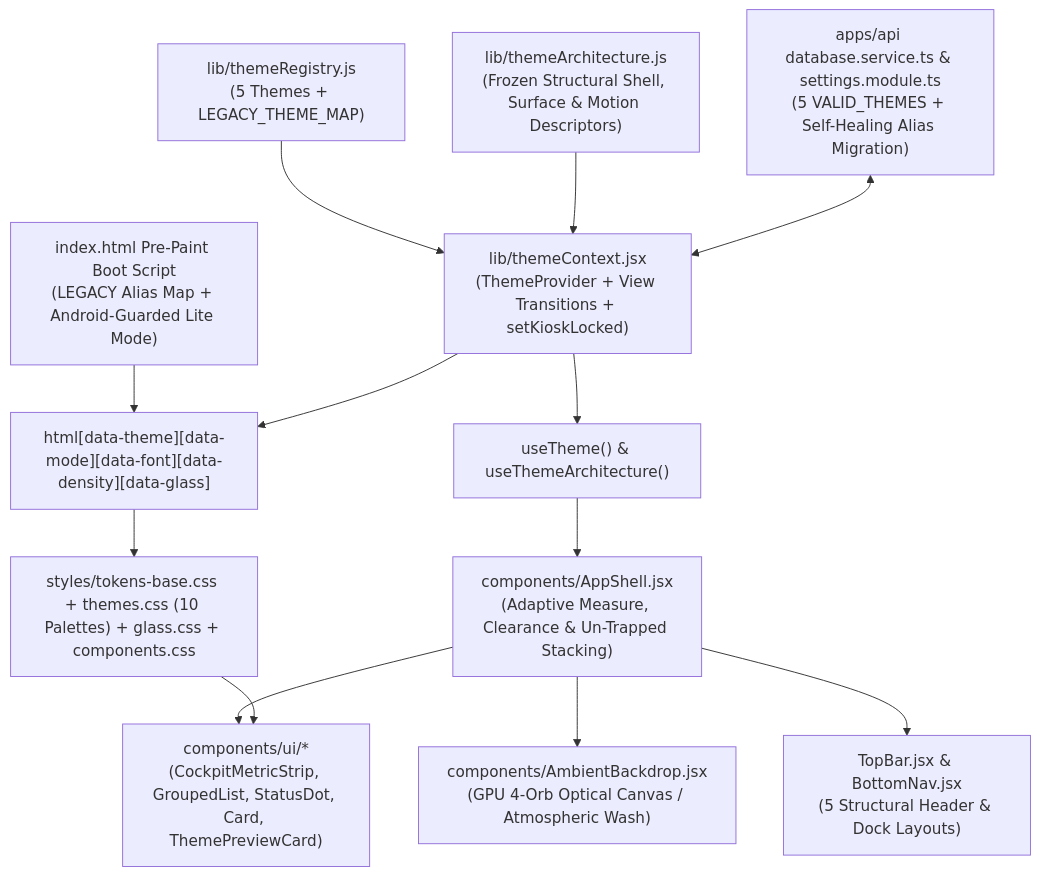
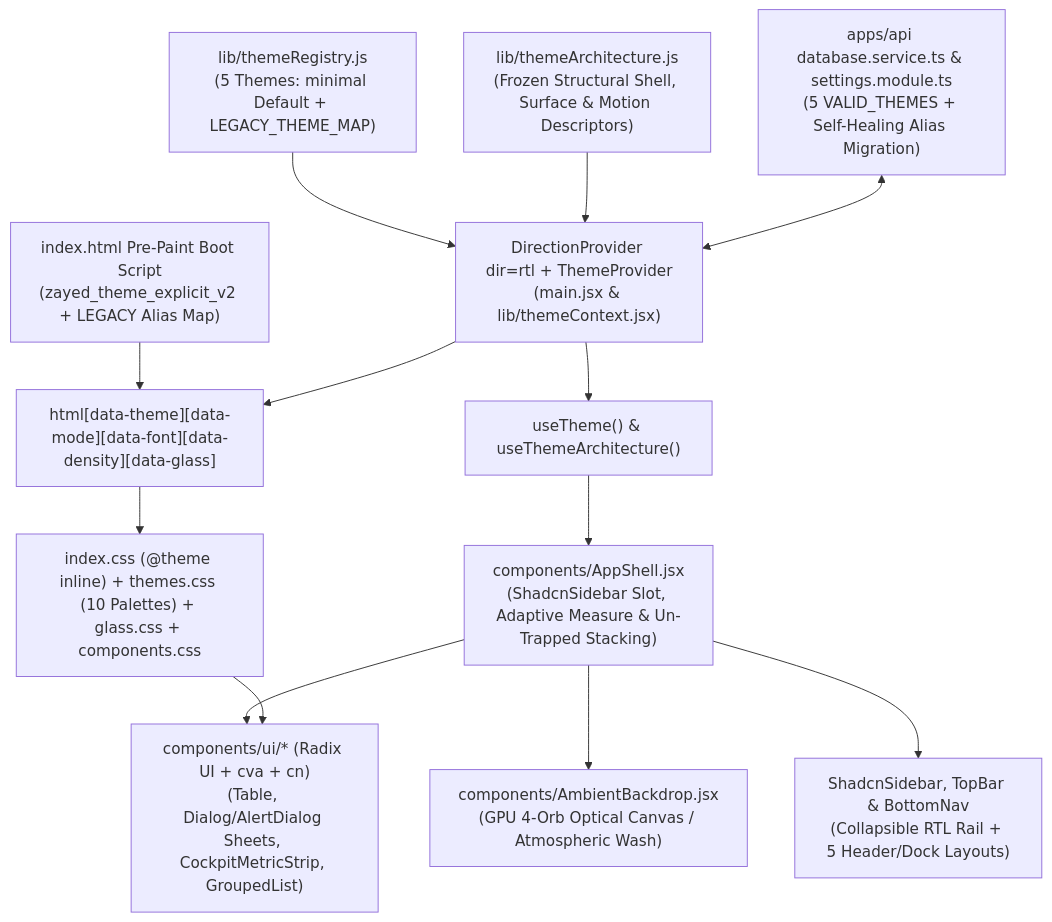
One commit to MustafaSalahX/ZayedMart changed the diagram in docs/THEMES_DESIGN_SYSTEM.md. Above: the diagram before and after it, drawn with Mermaid. The commit also changed other lines of this file and 57 other files, not shown here.

````diff
--- a/docs/THEMES_DESIGN_SYSTEM.md
+++ b/docs/THEMES_DESIGN_SYSTEM.md
@@ -25,15 +25,15 @@
 ```mermaid
 flowchart TD
-  Boot["index.html Pre-Paint Boot Script<br/>(LEGACY Alias Map + Android-Guarded Lite Mode)"] --> HTML["html[data-theme][data-mode][data-font][data-density][data-glass]"]
-  Registry["lib/themeRegistry.js<br/>(5 Themes + LEGACY_THEME_MAP)"] --> Provider["lib/themeContext.jsx<br/>(ThemeProvider + View Transitions + setKioskLocked)"]
+  Boot["index.html Pre-Paint Boot Script<br/>(zayed_theme_explicit_v2 + LEGACY Alias Map)"] --> HTML["html[data-theme][data-mode][data-font][data-density][data-glass]"]
+  Registry["lib/themeRegistry.js<br/>(5 Themes: minimal Default + LEGACY_THEME_MAP)"] --> Provider["DirectionProvider dir=rtl + ThemeProvider<br/>(main.jsx & lib/themeContext.jsx)"]
   Arch["lib/themeArchitecture.js<br/>(Frozen Structural Shell, Surface & Motion Descriptors)"] --> Provider
   API["apps/api database.service.ts & settings.module.ts<br/>(5 VALID_THEMES + Self-Healing Alias Migration)"] <--> Provider
   Provider --> HTML
   Provider --> Hook["useTheme() & useThemeArchitecture()"]
-  Hook --> Shell["components/AppShell.jsx<br/>(Adaptive Measure, Clearance & Un-Trapped Stacking)"]
+  Hook --> Shell["components/AppShell.jsx<br/>(ShadcnSidebar Slot, Adaptive Measure & Un-Trapped Stacking)"]
   Shell --> Backdrop["components/AmbientBackdrop.jsx<br/>(GPU 4-Orb Optical Canvas / Atmospheric Wash)"]
-  Shell --> Chrome["TopBar.jsx & BottomNav.jsx<br/>(5 Structural Header & Dock Layouts)"]
-  Shell --> Prims["components/ui/*<br/>(CockpitMetricStrip, GroupedList, StatusDot, Card, ThemePreviewCard)"]
-  HTML --> CSS["styles/tokens-base.css + themes.css (10 Palettes) + glass.css + components.css"]
+  Shell --> Chrome["ShadcnSidebar, TopBar & BottomNav<br/>(Collapsible RTL Rail + 5 Header/Dock Layouts)"]
+  Shell --> Prims["components/ui/* (Radix UI + cva + cn)<br/>(Table, Dialog/AlertDialog Sheets, CockpitMetricStrip, GroupedList)"]
+  HTML --> CSS["index.css (@theme inline) + themes.css (10 Palettes) + glass.css + components.css"]
   CSS --> Prims
 ```
````
